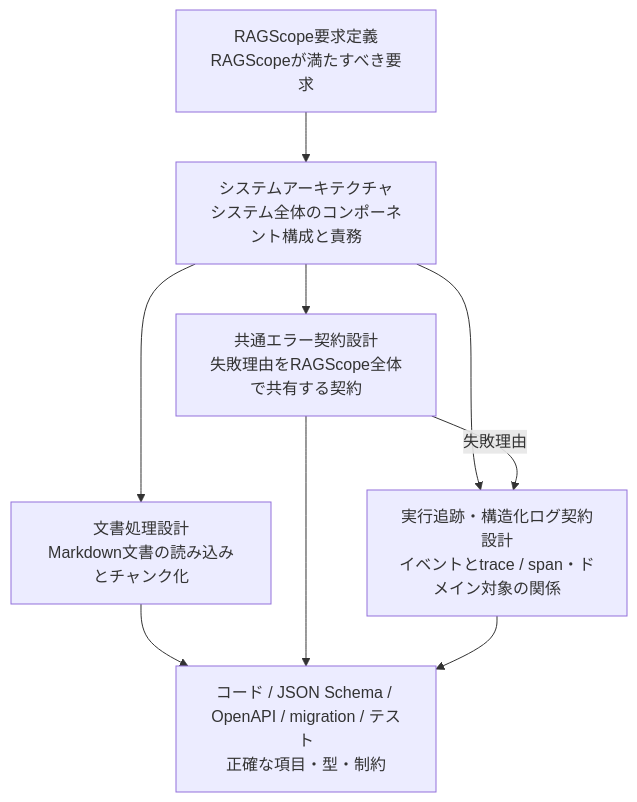
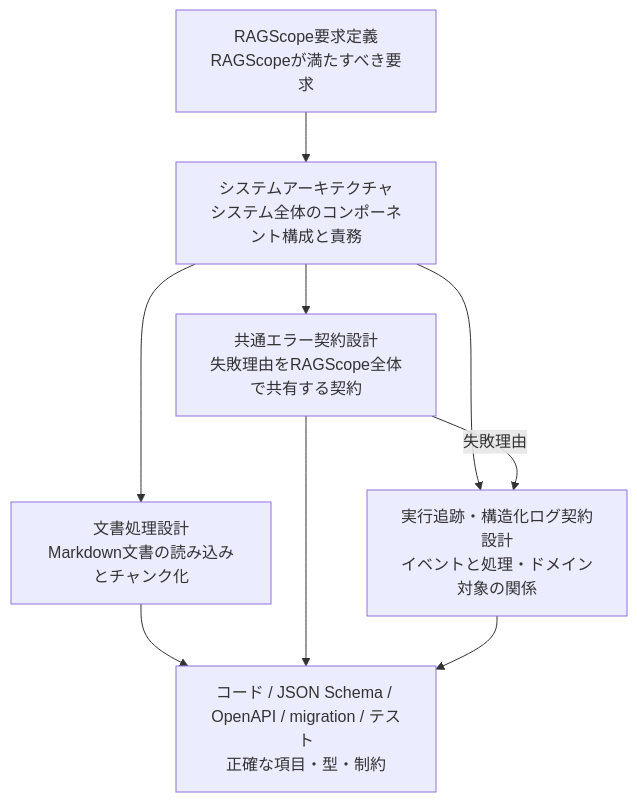
One commit to takashit16833/RAGScope changed the diagram in project-docs/design/README.md. Above: the diagram before and after it, drawn with Mermaid. The commit also changed other lines of this file, not shown here.

````diff
--- a/project-docs/design/README.md
+++ b/project-docs/design/README.md
@@ -17,22 +17,22 @@
 ```mermaid
 flowchart TD
     Requirements["RAGScope要求定義<br>RAGScopeが満たすべき要求"]
     Architecture["システムアーキテクチャ<br>システム全体のコンポーネント構成と責務"]
 
     Document["文書処理設計<br>Markdown文書の読み込みとチャンク化"]
     Error["共通エラー契約設計<br>失敗理由をRAGScope全体で共有する契約"]
-    Logging["実行追跡・構造化ログ契約設計<br>イベントとtrace / span・ドメイン対象の関係"]
+    Logging["実行追跡・構造化ログ契約設計<br>イベントと処理・ドメイン対象の関係"]
 
     Machine["コード / JSON Schema / OpenAPI / migration / テスト<br>正確な項目・型・制約"]
 
     Requirements --> Architecture
     Architecture --> Document
     Architecture --> Error
     Architecture --> Logging
 
     Error -->|"失敗理由"| Logging
 
     Document --> Machine
     Error --> Machine
     Logging --> Machine
 ```
````
